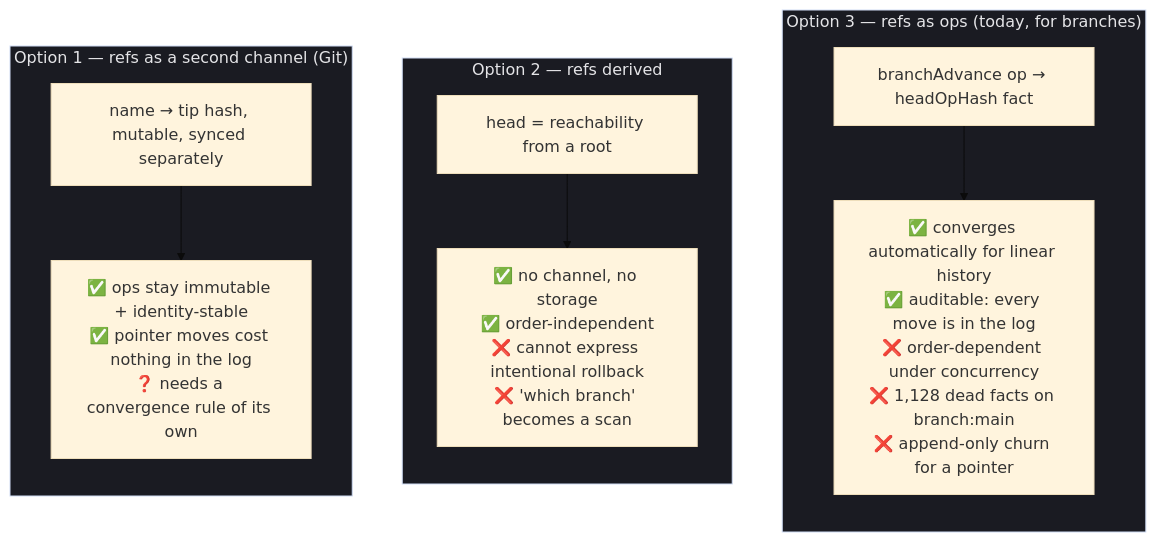
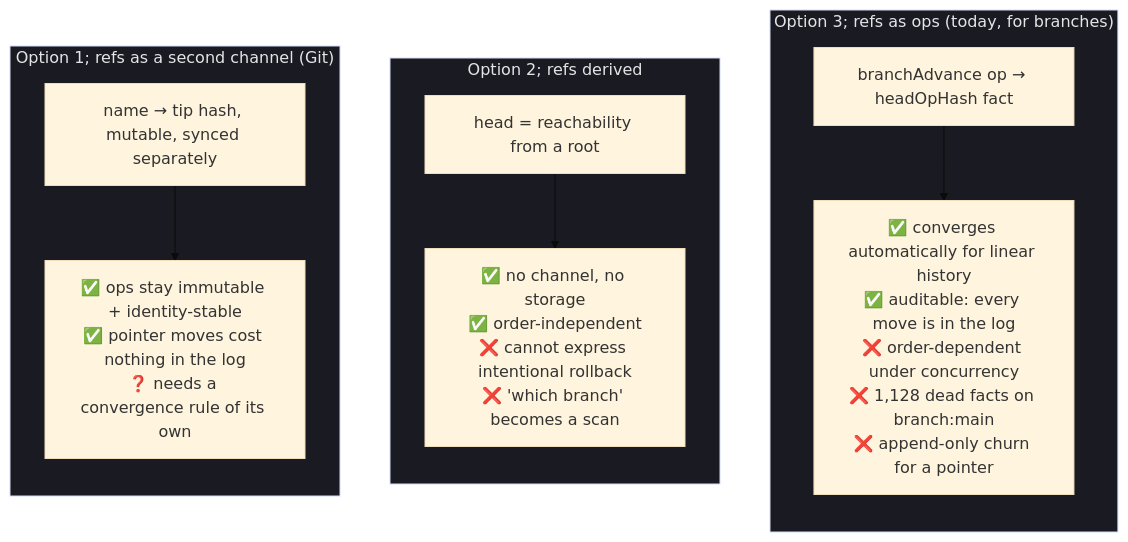
Before and after one commit to trentbrew/trellis: the fourth of 10 diagrams in docs/planning/spec-v1.1-refs-and-authz.md, drawn with Mermaid (base theme). The commit also changed other lines of this file and 218 other files, not shown here.

````diff
--- a/docs/planning/spec-v1.1-refs-and-authz.md
+++ b/docs/planning/spec-v1.1-refs-and-authz.md
@@ -114,27 +114,27 @@
 ```mermaid
 flowchart TD
-    subgraph opt3["Option 3 — refs as ops (today, for branches)"]
+    subgraph opt3["Option 3; refs as ops (today, for branches)"]
         direction TB
         O3A["branchAdvance op → headOpHash fact"]
         O3B["✅ converges automatically for linear history<br/>✅ auditable: every move is in the log<br/>❌ order-dependent under concurrency<br/>❌ 1,128 dead facts on branch:main<br/>❌ append-only churn for a pointer"]
         O3A --> O3B
     end
 
-    subgraph opt2["Option 2 — refs derived"]
+    subgraph opt2["Option 2; refs derived"]
         direction TB
         O2A["head = reachability from a root"]
         O2B["✅ no channel, no storage<br/>✅ order-independent<br/>❌ cannot express intentional rollback<br/>❌ 'which branch' becomes a scan"]
         O2A --> O2B
     end
 
-    subgraph opt1["Option 1 — refs as a second channel (Git)"]
+    subgraph opt1["Option 1; refs as a second channel (Git)"]
         direction TB
         O1A["name → tip hash, mutable, synced separately"]
         O1B["✅ ops stay immutable + identity-stable<br/>✅ pointer moves cost nothing in the log<br/>❓ needs a convergence rule of its own"]
         O1A --> O1B
     end
 
     style opt1 fill:#1a1b22,color:#e4e4e7
     style opt2 fill:#1a1b22,color:#e4e4e7
     style opt3 fill:#1a1b22,color:#e4e4e7
 ```
````
